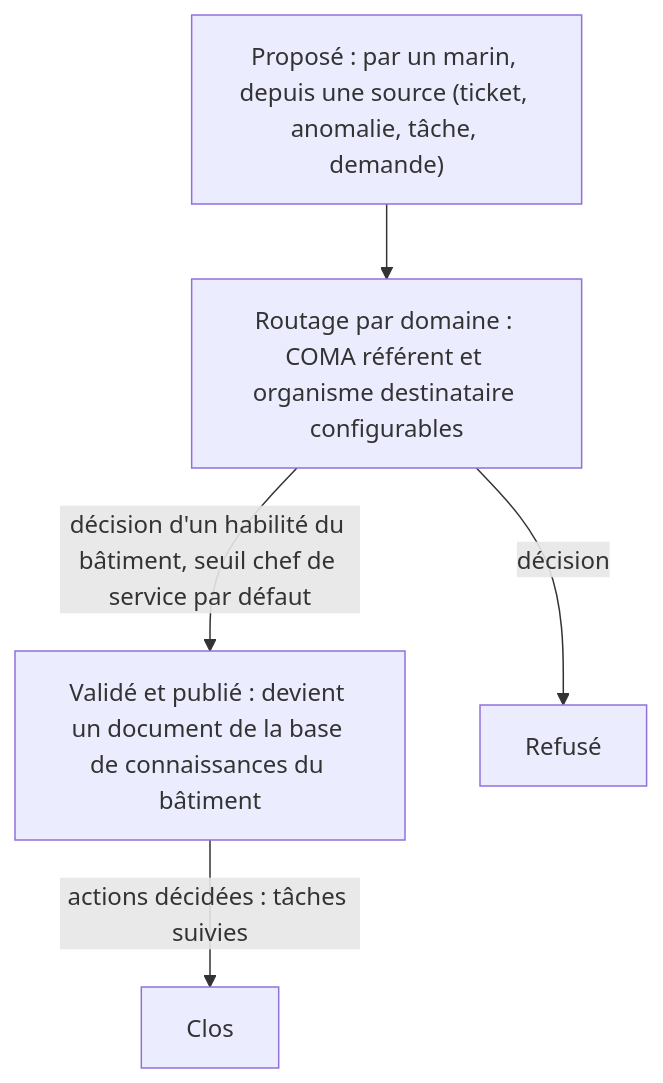
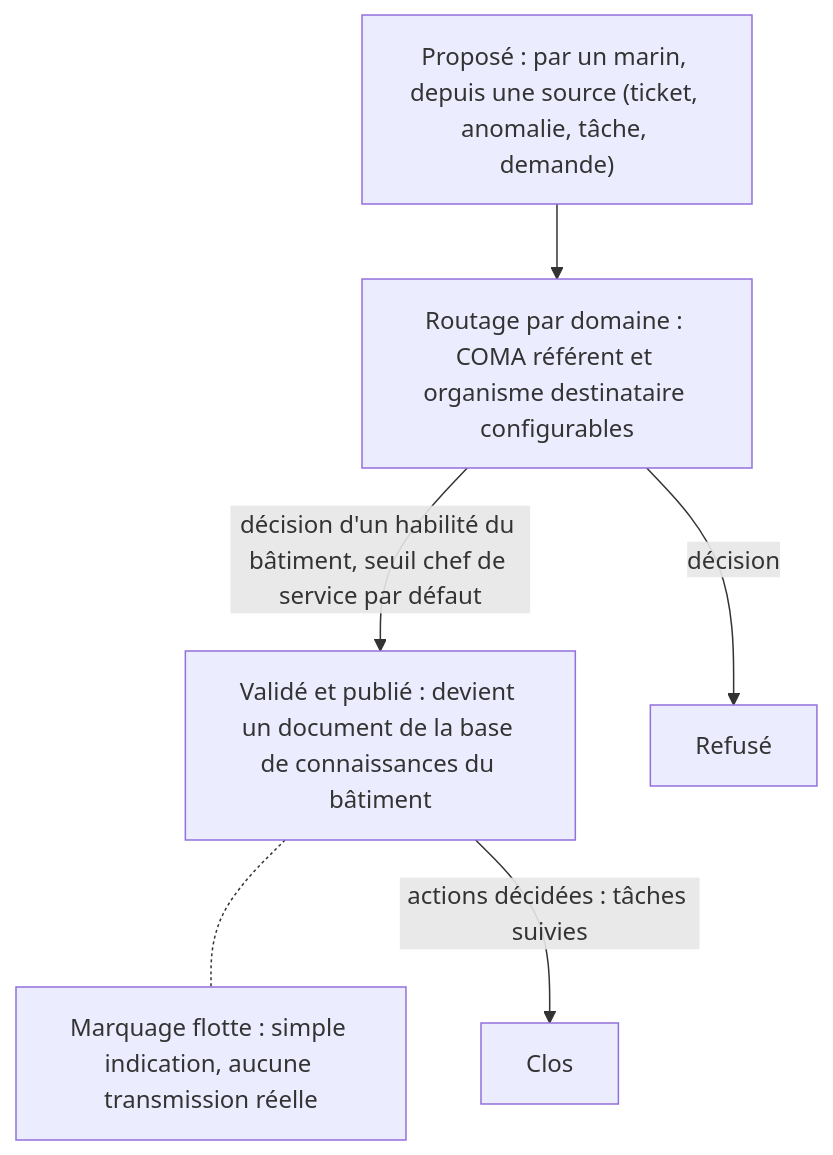
One commit to Mattrix2211/Matrix changed the diagram in docs/dossier-technique/schemas/src/S30_retex_reel.mmd. Above: the diagram before and after it, drawn with Mermaid. The commit also changed 82 other files, not shown here.

```diff
--- a/docs/dossier-technique/schemas/src/S30_retex_reel.mmd
+++ b/docs/dossier-technique/schemas/src/S30_retex_reel.mmd
@@ -1,10 +1,12 @@
 flowchart TB
   P["Proposé : par un marin, depuis une source (ticket, anomalie, tâche, demande)"]
   R["Routage par domaine : COMA référent et organisme destinataire configurables"]
   V["Validé et publié : devient un document de la base de connaissances du bâtiment"]
   X["Refusé"]
   C["Clos"]
+  FL["Marquage flotte : simple indication, aucune transmission réelle"]
+  V -.- FL
   P --> R
   R -->|"décision d'un habilité du bâtiment, seuil chef de service par défaut"| V
   R -->|"décision"| X
   V -->|"actions décidées : tâches suivies"| C
```
